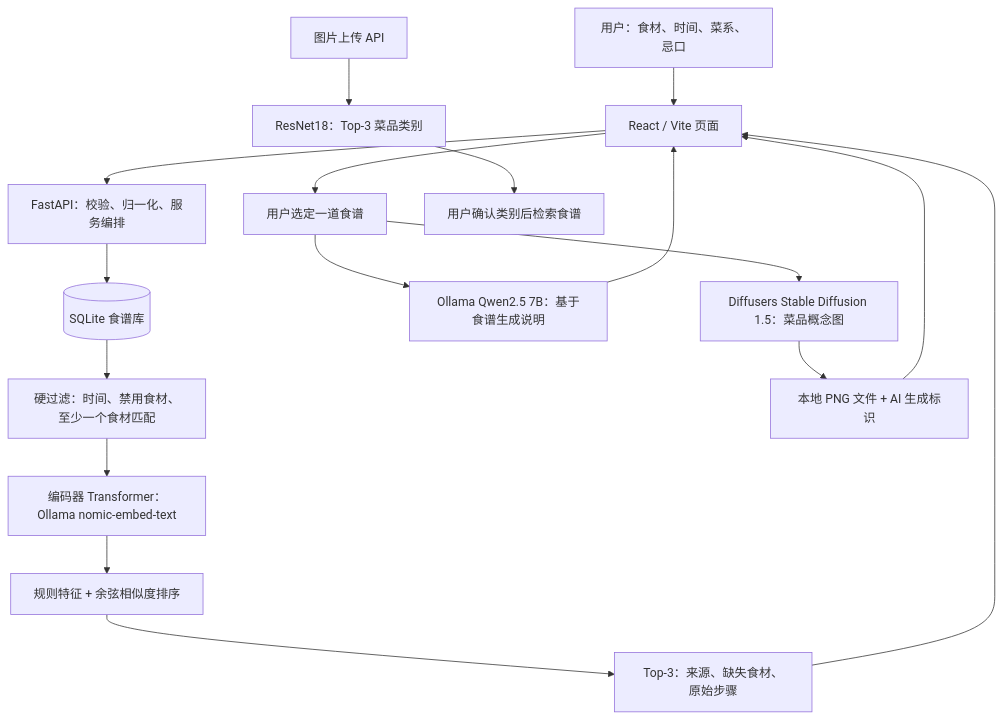
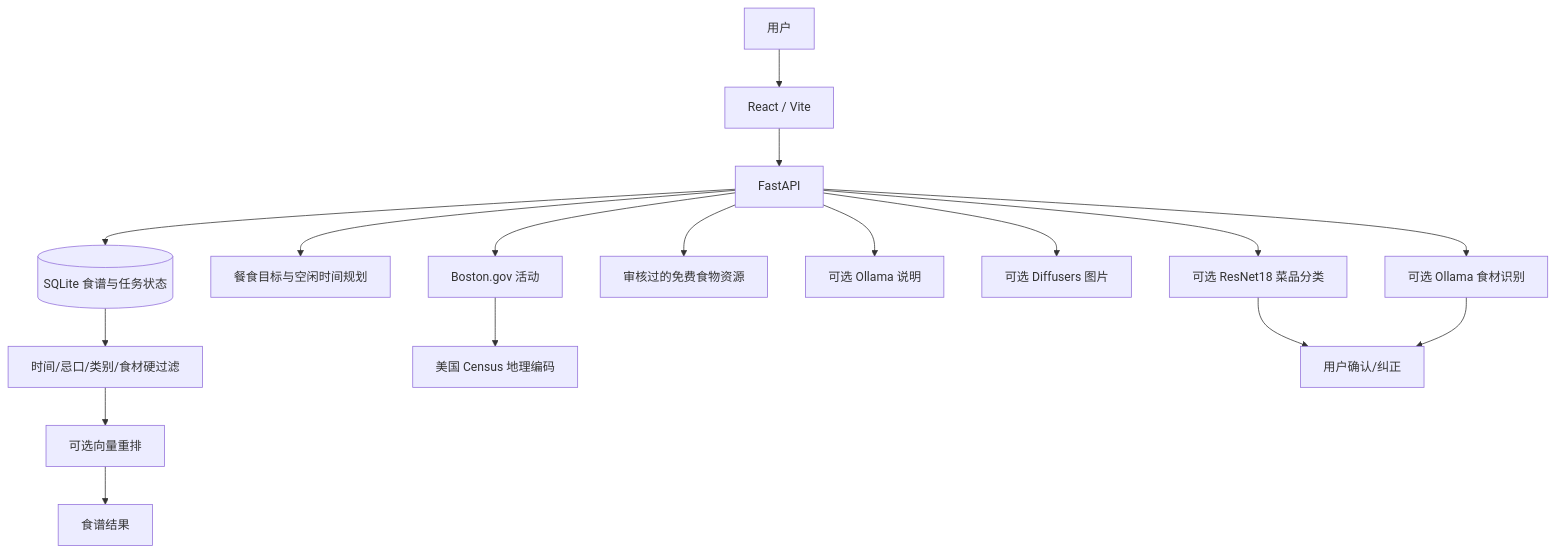
One commit to Bamboo020/AI-Powered-Recipe-Recommendation-and-Dish-Image-Generator changed the diagram in docs/system-architecture.zh.md. Above: the diagram before and after it, drawn with Mermaid. The commit also changed other lines of this file and 17 other files, not shown here.

````diff
--- a/docs/system-architecture.zh.md
+++ b/docs/system-architecture.zh.md
@@ -5,19 +7,21 @@
 ```mermaid
 flowchart TD
-    User[用户：食材、时间、菜系、忌口] --> UI[React / Vite 页面]
-    UI --> API[FastAPI：校验、归一化、服务编排]
-    API --> DB[(SQLite 食谱库)]
-    DB --> Filter[硬过滤：时间、禁用食材、至少一个食材匹配]
-    Filter --> Embed[编码器 Transformer：Ollama nomic-embed-text]
-    Embed --> Rank[规则特征 + 余弦相似度排序]
-    Rank --> Top[Top-3：来源、缺失食材、原始步骤]
-    Top --> UI
-    UI --> Select[用户选定一道食谱]
-    Select --> LLM[Ollama Qwen2.5 7B：基于食谱生成说明]
-    Select --> SD[Diffusers Stable Diffusion 1.5：菜品概念图]
-    LLM --> UI
-    SD --> PNG[本地 PNG 文件 + AI 生成标识]
-    PNG --> UI
-    Photo[图片上传 API] --> CNN[ResNet18：Top-3 菜品类别]
-    CNN --> Confirm[用户确认类别后检索食谱]
+    User[用户] --> UI[React / Vite]
+    UI --> API[FastAPI]
+    API --> DB[(SQLite 食谱与任务状态)]
+    DB --> Rules[时间/忌口/类别/食材硬过滤]
+    Rules --> Semantic[可选向量重排]
+    Semantic --> Recipes[食谱结果]
+
+    API --> Plan[餐食目标与空闲时间规划]
+    API --> Events[Boston.gov 活动]
+    Events --> Census[美国 Census 地理编码]
+    API --> Food[审核过的免费食物资源]
+
+    API --> LLM[可选 Ollama 说明]
+    API --> SD[可选 Diffusers 图片]
+    API --> CNN[可选 ResNet18 菜品分类]
+    API --> VLM[可选 Ollama 食材识别]
+    CNN --> Confirm[用户确认/纠正]
+    VLM --> Confirm
 ```
````
